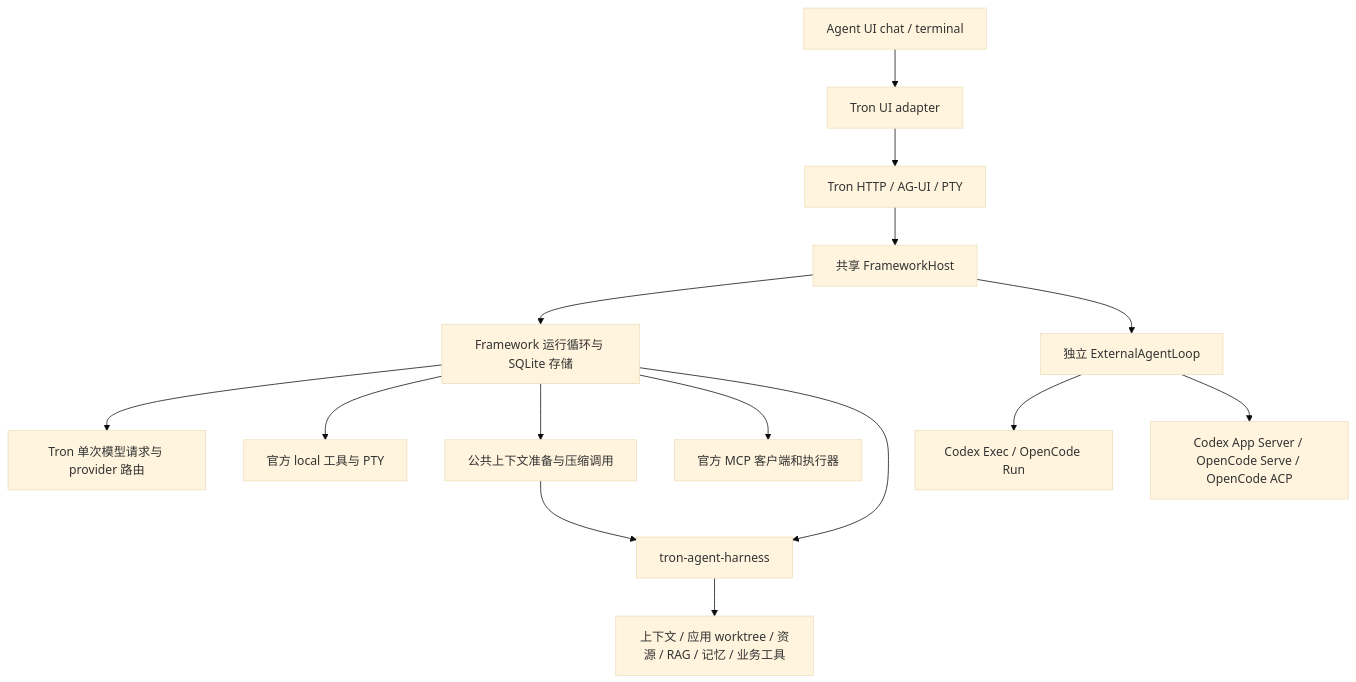
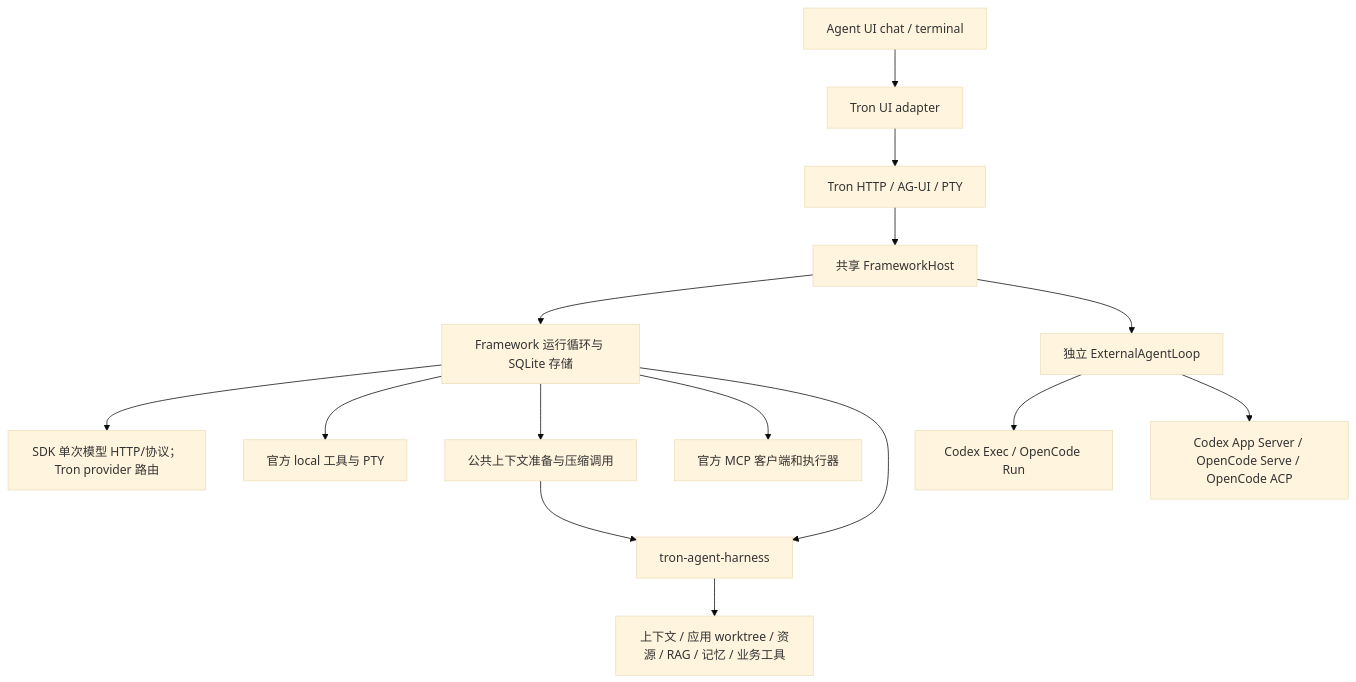
Before and after one commit to Penglai-Link/Tron-Harness: the diagram in docs/agent-framework-ui-integration.md, drawn with Mermaid (base theme). The commit also changed other lines of this file and 203 other files, not shown here.

````diff
--- a/docs/agent-framework-ui-integration.md
+++ b/docs/agent-framework-ui-integration.md
@@ -38,17 +42,17 @@
 ```mermaid
 flowchart TD
   UI[Agent UI chat / terminal] --> Adapter[Tron UI adapter]
   Adapter --> API[Tron HTTP / AG-UI / PTY]
   API --> Host[共享 FrameworkHost]
   Host --> Loop[Framework 运行循环与 SQLite 存储]
-  Loop --> Model[Tron 单次模型请求与 provider 路由]
+  Loop --> Model[SDK 单次模型 HTTP/协议；Tron provider 路由]
   Loop --> Local[官方 local 工具与 PTY]
   Loop --> Preparation[公共上下文准备与压缩调用]
   Preparation --> Harness
   Loop --> MCP[官方 MCP 客户端和执行器]
   Loop --> Harness[tron-agent-harness]
   Harness --> Product[上下文 / 应用 worktree / 资源 / RAG / 记忆 / 业务工具]
   Host --> External[独立 ExternalAgentLoop]
   External --> CLI[Codex Exec / OpenCode Run]
   External --> Service[Codex App Server / OpenCode Serve / OpenCode ACP]
 ```
````
